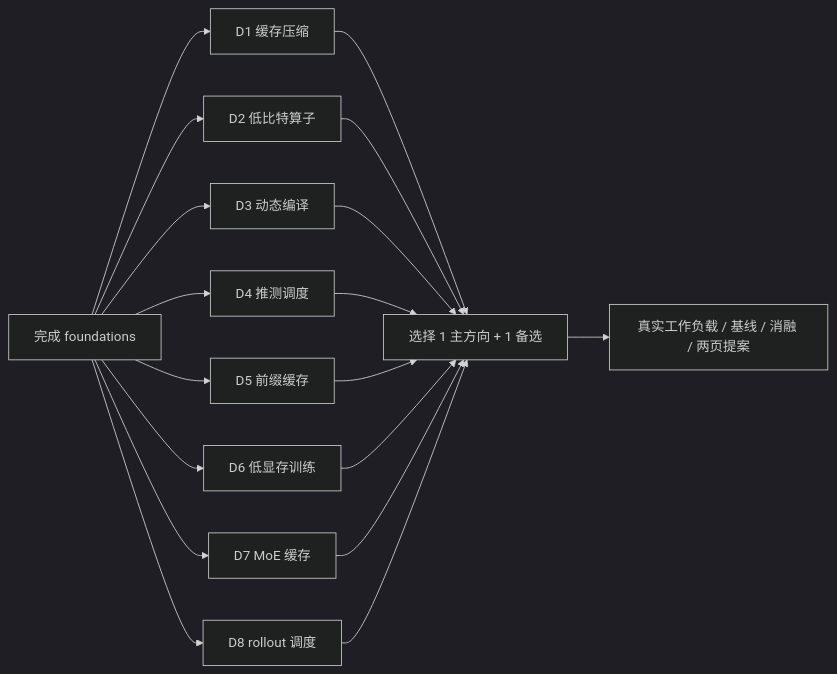
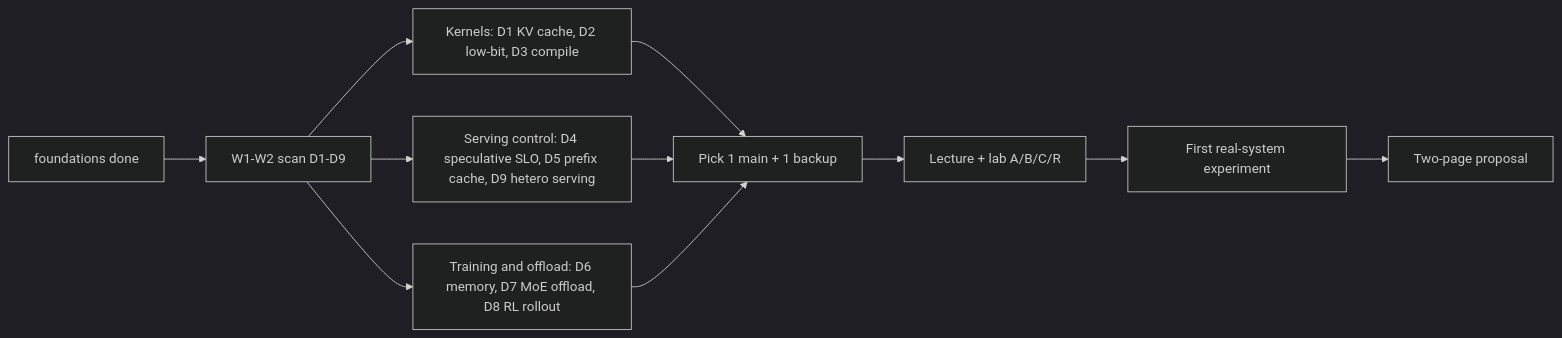
Before and after one commit to MiniYuanBot/mlsys-intermediate: the diagram in course/index.md, drawn with Mermaid (dark theme). The commit also changed other lines of this file and 260 other files, not shown here.

````diff
--- a/course/index.md
+++ b/course/index.md
@@ -32,20 +35,13 @@
 ```mermaid
 flowchart LR
- F[完成 foundations] --> A[D1 缓存压缩]
- F --> B[D2 低比特算子]
- F --> C[D3 动态编译]
- F --> D[D4 推测调度]
- F --> E[D5 前缀缓存]
- F --> G[D6 低显存训练]
- F --> H[D7 MoE 缓存]
- F --> I[D8 rollout 调度]
- A --> R[选择 1 主方向 + 1 备选]
- B --> R
- C --> R
- D --> R
- E --> R
- G --> R
- H --> R
- I --> R
- R --> X[真实工作负载 / 基线 / 消融 / 两页提案]
+ F[foundations done] --> S[W1-W2 scan D1-D9]
+ S --> K[Kernels: D1 KV cache, D2 low-bit, D3 compile]
+ S --> V[Serving control: D4 speculative SLO, D5 prefix cache, D9 hetero serving]
+ S --> T[Training and offload: D6 memory, D7 MoE offload, D8 RL rollout]
+ K --> P[Pick 1 main + 1 backup]
+ V --> P
+ T --> P
+ P --> L[Lecture + lab A/B/C/R]
+ L --> X[First real-system experiment]
+ X --> Q[Two-page proposal]
 ```
````
